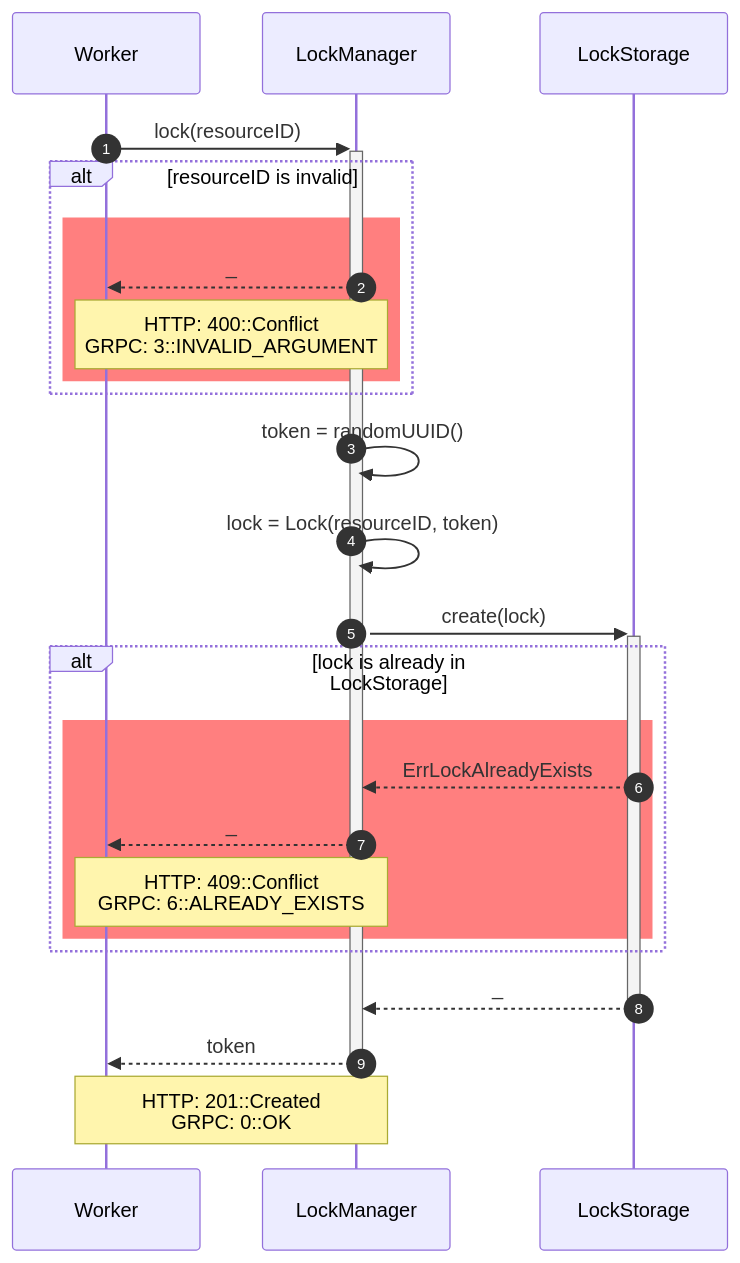
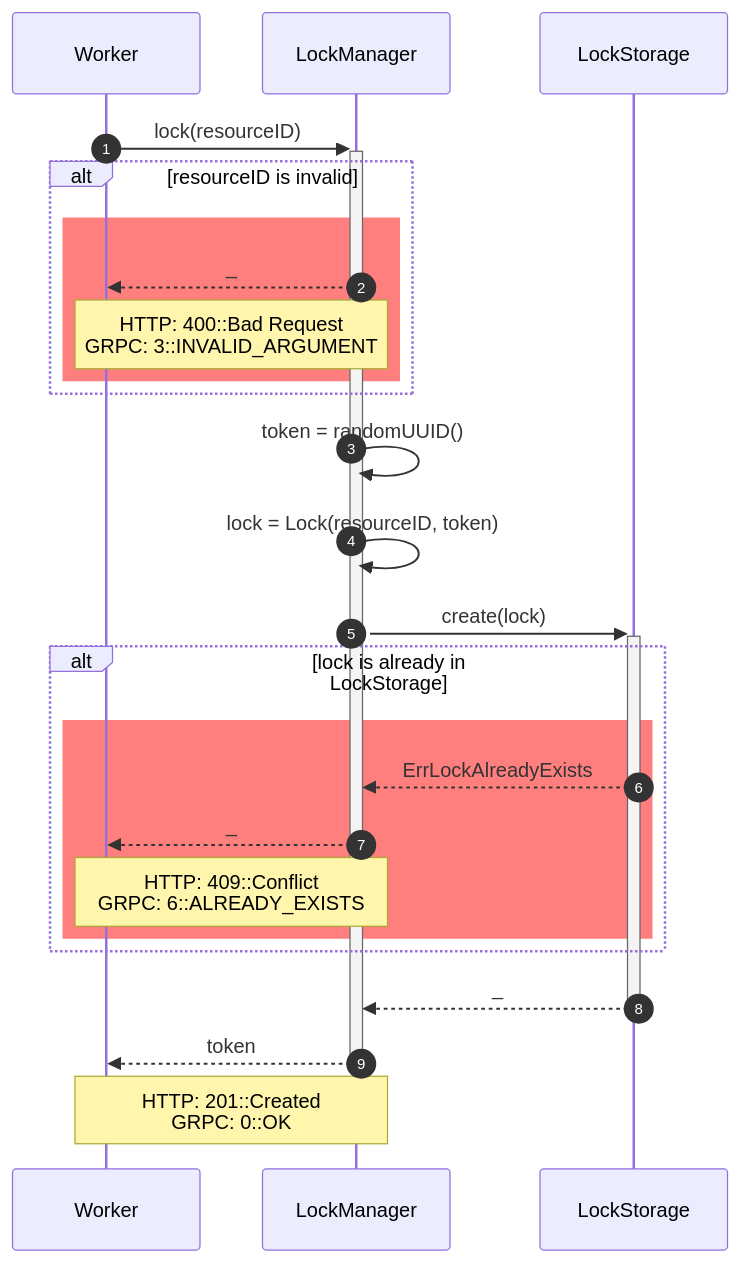
The diagram in docs/lock-manager/src/sequence/lock.mmd (ruslanSorokin/lock-manager), drawn with Mermaid before and after one commit. The commit also changed 1 other file, not shown here.

Commit message:
docs(uml/lock): fix 400 response for HTTP

```diff
--- a/docs/lock-manager/src/sequence/lock.mmd
+++ b/docs/lock-manager/src/sequence/lock.mmd
@@ -1,26 +1,26 @@
 sequenceDiagram
   autonumber
   participant w as Worker
   participant lm as LockManager
   participant ls as LockStorage
 
   w->>+lm: lock(resourceID)
   alt resourceID is invalid
     rect rgba(255, 0, 0, 0.5)
       lm-->>w: _
-      Note over w,lm: HTTP: 400::Conflict<br>GRPC: 3::INVALID_ARGUMENT
+      Note over w,lm: HTTP: 400::Bad Request<br>GRPC: 3::INVALID_ARGUMENT
     end
   end
   lm->>lm: token = randomUUID()
   lm->>lm: lock = Lock(resourceID, token)
   lm->>+ls: create(lock)
   alt lock is already in LockStorage
     rect rgba(255, 0, 0, 0.5)
       ls-->>lm: ErrLockAlreadyExists
       lm-->>w: _
       Note over w,lm: HTTP: 409::Conflict<br>GRPC: 6::ALREADY_EXISTS
     end
   end
   ls-->>-lm: _
   lm-->>-w: token
   Note over w,lm: HTTP: 201::Created<br>GRPC: 0::OK
```
